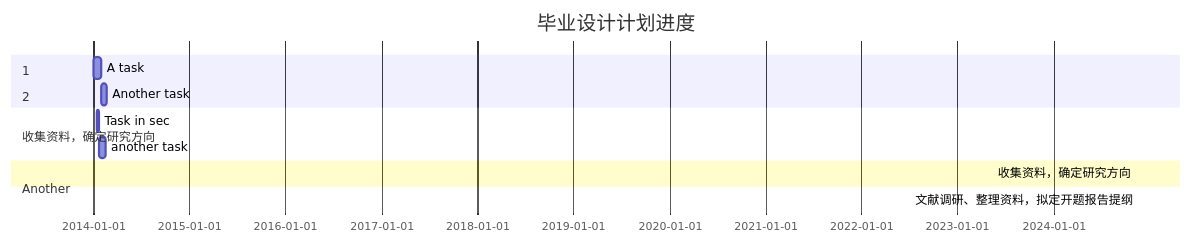
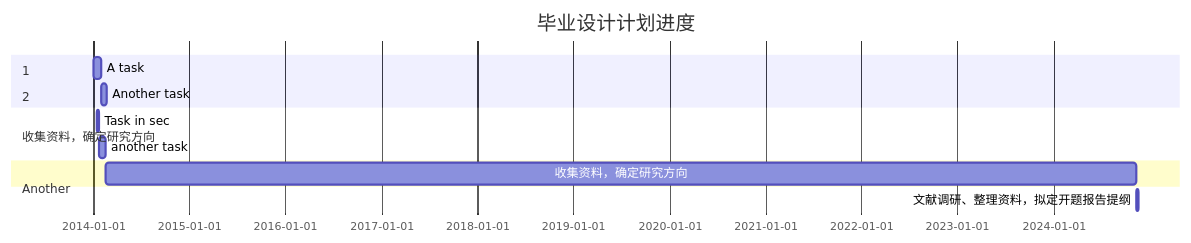
The diagram in all/未命名.md (Kelseyyz/iodraw-files), drawn with Mermaid before and after one commit.

Commit message:
2024-12-30 11:02:00 update

````diff
--- a/all/未命名.md
+++ b/all/未命名.md
@@ -1,18 +1,18 @@
 ```mermaid
 gantt
     title 毕业设计计划进度
     dateFormat  YYYY-MM-DD
     
     section 收集资料，确定研究方向
     A task           :a1, 2014-01-01, 30d
     Another task     :after a1  , 20d
     section Another
     Task in sec      :2014-01-12  , 12d
     another task      : 24d
 
 
     section 1
-    收集资料，确定研究方向           : 2024-11-10  , 
+    收集资料，确定研究方向           : 2024-11-10
     section 2
-    文献调研、整理资料，拟定开题报告提纲      :2024-11-20  , 
+    文献调研、整理资料，拟定开题报告提纲      :2024-11-20
 ```
````
